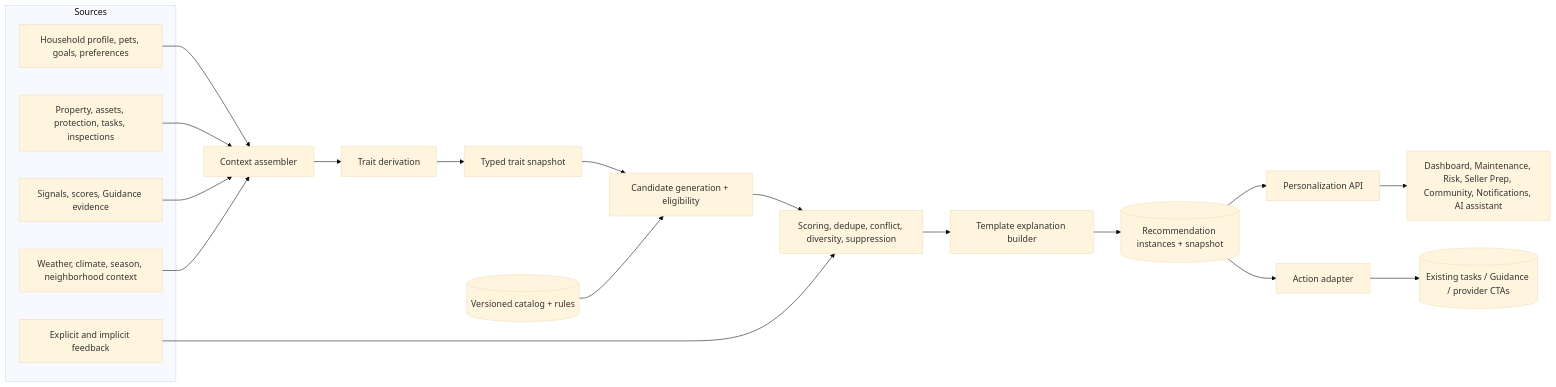
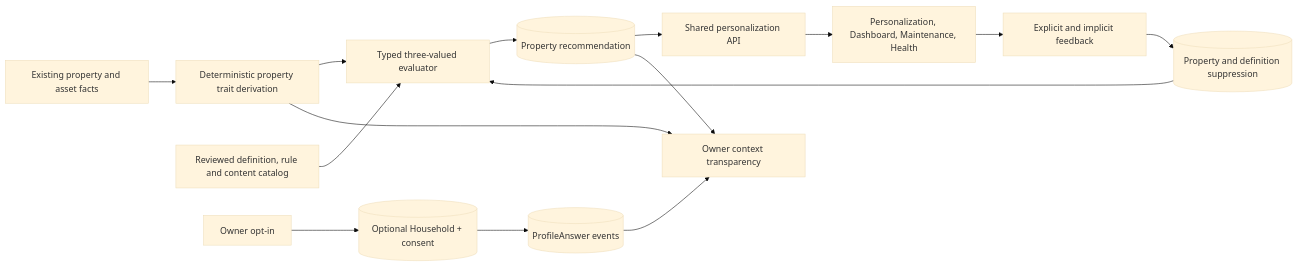
The diagram in docs/personalization/04-target-architecture.md (madhuboyin/contract-to-cozy1), drawn with Mermaid (base theme) before and after one commit. The commit also changed other lines of this file and 67 other files, not shown here.

Commit message:
refactor(personalization): simplify default property guidance

````diff
--- a/docs/personalization/04-target-architecture.md
+++ b/docs/personalization/04-target-architecture.md
@@ -7,26 +11,18 @@
 ```mermaid
 flowchart LR
-  subgraph Sources
-    HP["Household profile, pets, goals, preferences"]
-    PD["Property, assets, protection, tasks, inspections"]
-    SG["Signals, scores, Guidance evidence"]
-    CX["Weather, climate, season, neighborhood context"]
-    FB["Explicit and implicit feedback"]
-  end
-  HP --> CA["Context assembler"]
-  PD --> CA
-  SG --> CA
-  CX --> CA
-  CA --> TD["Trait derivation"]
-  TD --> TE["Typed trait snapshot"]
-  TE --> CG["Candidate generation + eligibility"]
-  CAT[("Versioned catalog + rules")] --> CG
-  CG --> SC["Scoring, dedupe, conflict, diversity, suppression"]
-  FB --> SC
-  SC --> EX["Template explanation builder"]
-  EX --> PR[("Recommendation instances + snapshot")]
-  PR --> API["Personalization API"]
-  API --> MOD["Dashboard, Maintenance, Risk, Seller Prep, Community, Notifications, AI assistant"]
-  PR --> ACT["Action adapter"]
-  ACT --> TASK[("Existing tasks / Guidance / provider CTAs")]
+  PD["Existing property and asset facts"] --> TD["Deterministic property trait derivation"]
+  CAT["Reviewed definition, rule and content catalog"] --> EV["Typed three-valued evaluator"]
+  TD --> EV
+  EV --> REC[("Property recommendation")]
+  REC --> API["Shared personalization API"]
+  API --> UI["Personalization, Dashboard, Maintenance, Health"]
+  UI --> FB["Explicit and implicit feedback"]
+  FB --> SUP[("Property and definition suppression")]
+  SUP --> EV
+
+  OWNER["Owner opt-in"] --> HH[("Optional Household + consent")]
+  HH --> PA[("ProfileAnswer events")]
+  PA --> MAP["Owner context transparency"]
+  TD --> MAP
+  REC --> MAP
 ```
````
